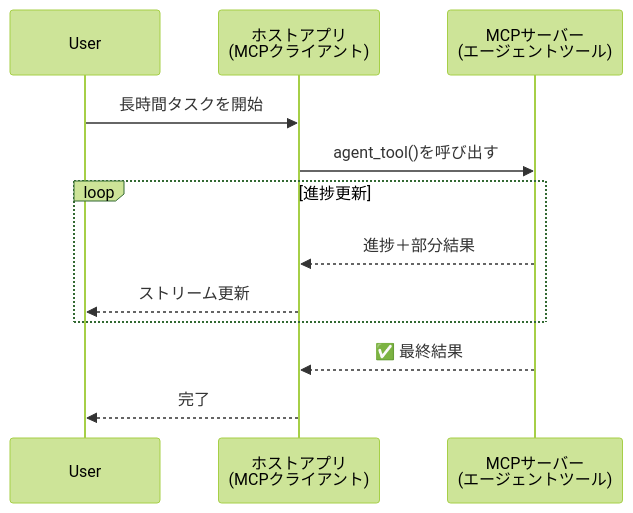
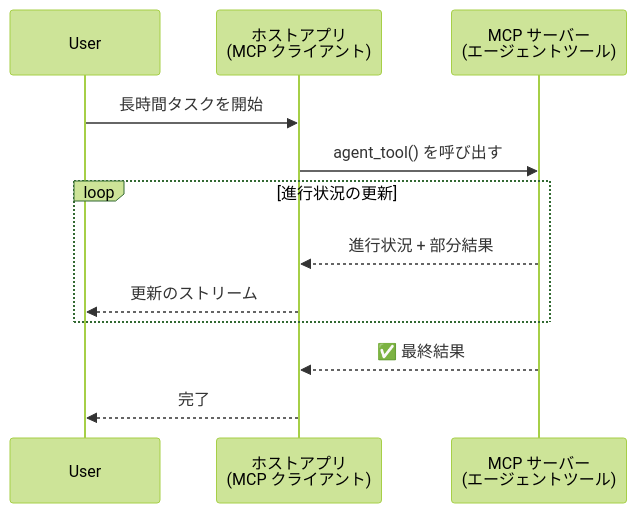
Before and after one commit to gabrielmoreira/agent-skills-mirror: the first of 5 diagrams in mirrors/repos/microsoft@ai-agents-for-beginners/translations/ja/11-agentic-protocols/code_samples/mcp-agents/README.md, drawn with Mermaid (forest theme). The commit also changed other lines of this file and 4262 other files, not shown here.

````diff
--- a/mirrors/repos/microsoft@ai-agents-for-beginners/translations/ja/11-agentic-protocols/code_samples/mcp-agents/README.md
+++ b/mirrors/repos/microsoft@ai-agents-for-beginners/translations/ja/11-agentic-protocols/code_samples/mcp-agents/README.md
@@ -46,17 +46,17 @@
 ```mermaid
 sequenceDiagram
     participant User
-    participant Host as ホストアプリ<br/>(MCPクライアント)
-    participant Server as MCPサーバー<br/>(エージェントツール)
+    participant Host as ホストアプリ<br/>(MCP クライアント)
+    participant Server as MCP サーバー<br/>(エージェントツール)
 
     User->>Host: 長時間タスクを開始
-    Host->>Server: agent_tool()を呼び出す
+    Host->>Server: agent_tool() を呼び出す
 
-    loop 進捗更新
-        Server-->>Host: 進捗＋部分結果
-        Host-->>User: ストリーム更新
+    loop 進行状況の更新
+        Server-->>Host: 進行状況 + 部分結果
+        Host-->>User: 更新のストリーム
     end
 
     Server-->>Host: ✅ 最終結果
     Host-->>User: 完了
 ```
````
